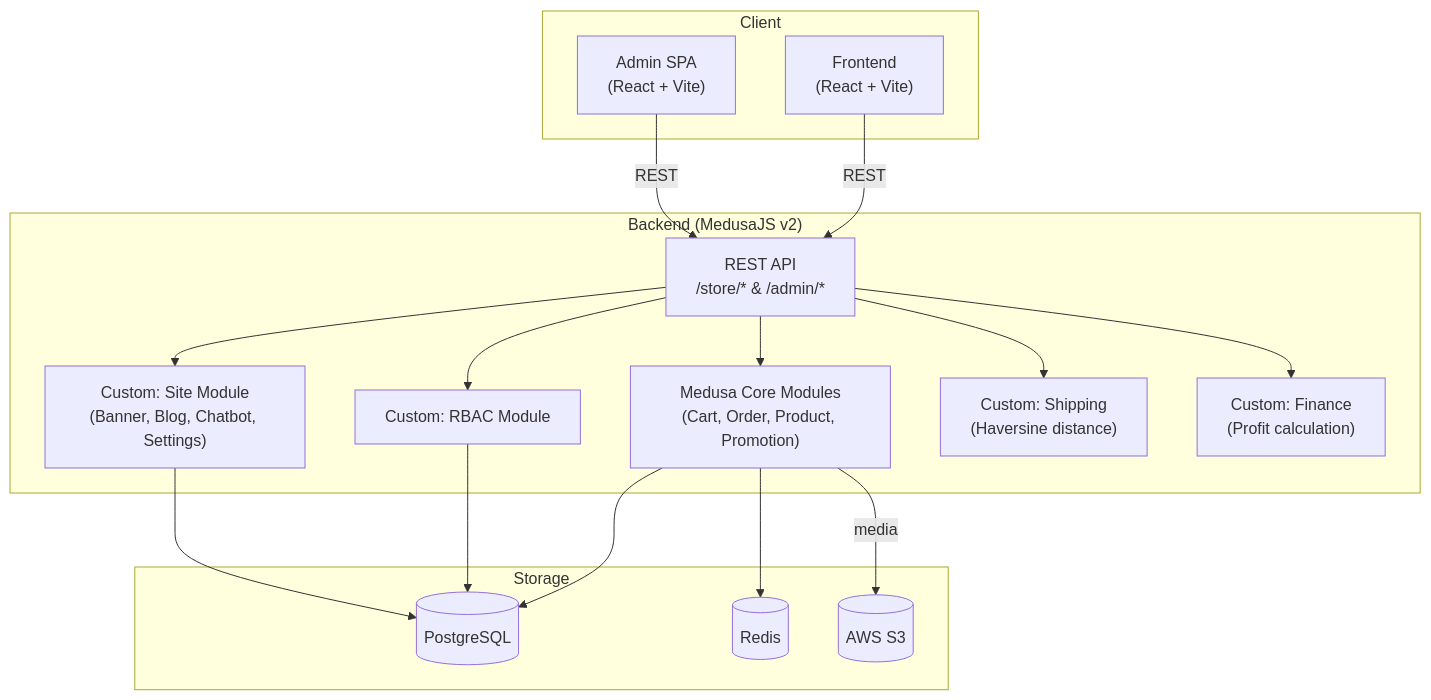
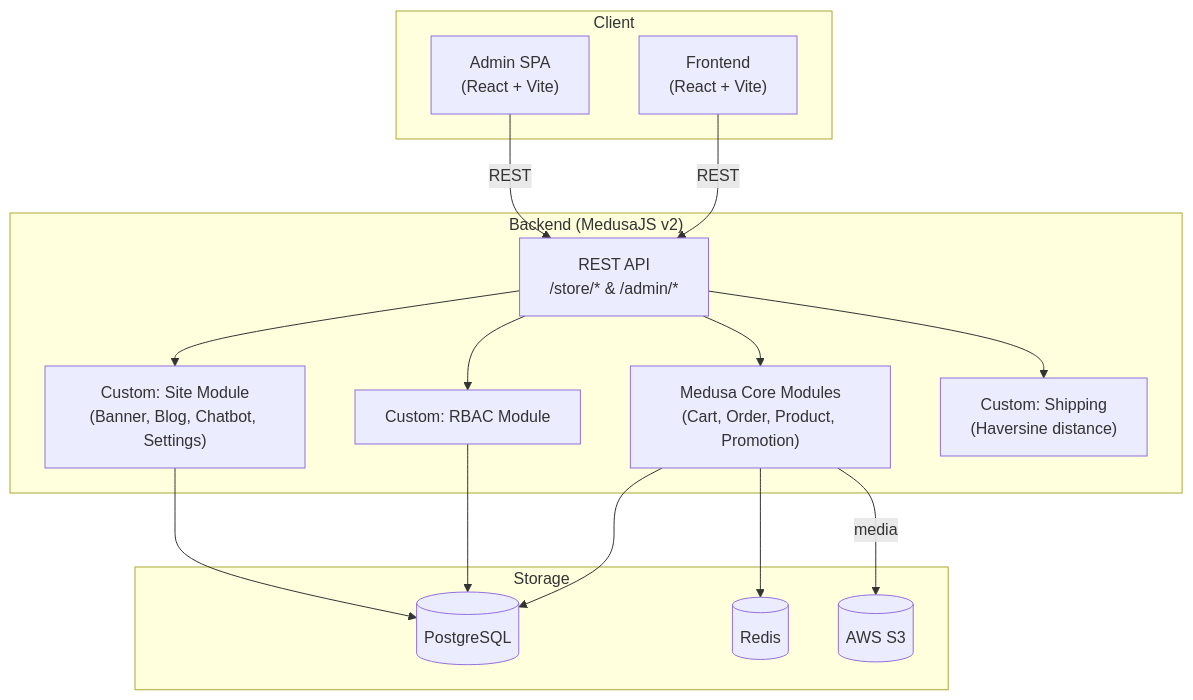
One commit to pathust/mong.fruitboxz changed the first of 3 diagrams in docs/00-overview.md. Above: the diagram before and after it, drawn with Mermaid. The commit also changed other lines of this file and 9 other files, not shown here.

````diff
--- a/docs/00-overview.md
+++ b/docs/00-overview.md
@@ -29,35 +29,33 @@
 ```mermaid
 graph TB
     subgraph Client
         SF["Frontend\n(React + Vite)"]
         ADM["Admin SPA\n(React + Vite)"]
     end
 
     subgraph Backend ["Backend (MedusaJS v2)"]
         API["REST API\n/store/* & /admin/*"]
         CORE["Medusa Core Modules\n(Cart, Order, Product, Promotion)"]
         RBAC["Custom: RBAC Module"]
         SITE["Custom: Site Module\n(Banner, Blog, Chatbot, Settings)"]
         SHIP["Custom: Shipping\n(Haversine distance)"]
-        FIN["Custom: Finance\n(Profit calculation)"]
     end
 
     subgraph Storage
         PG[("PostgreSQL")]
         RD[("Redis")]
         S3[("AWS S3")]
     end
 
     SF -->|REST| API
     ADM -->|REST| API
     API --> CORE
     API --> RBAC
     API --> SITE
     API --> SHIP
-    API --> FIN
     CORE --> PG
     RBAC --> PG
     SITE --> PG
     CORE --> RD
     CORE -->|media| S3
 ```
````
